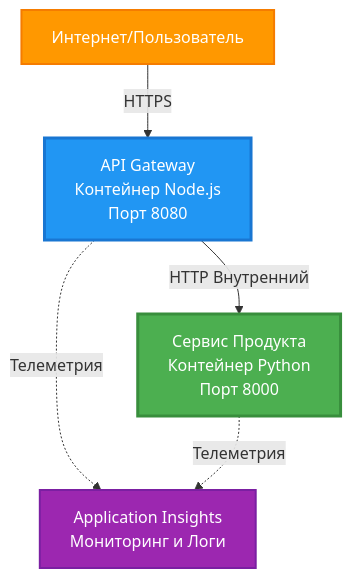
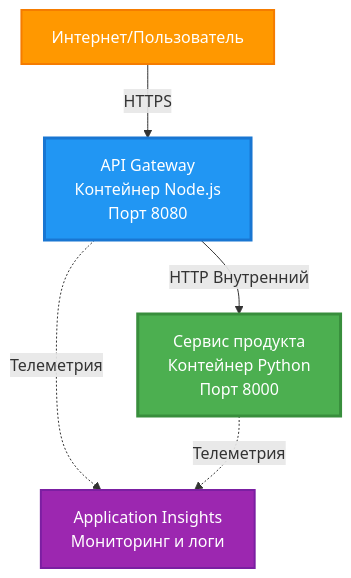
The first of 4 diagrams in translations/ru/examples/microservices/README.md (microsoft/AZD-for-beginners), drawn with Mermaid before and after one commit. The commit also changed other lines of this file and 242 other files, not shown here.

````diff
--- a/translations/ru/examples/microservices/README.md
+++ b/translations/ru/examples/microservices/README.md
@@ -40,17 +31,17 @@
 ```mermaid
 graph TB
     Internet[Интернет/Пользователь]
     Gateway[API Gateway<br/>Контейнер Node.js<br/>Порт 8080]
-    Product[Сервис Продукта<br/>Контейнер Python<br/>Порт 8000]
-    AppInsights[Application Insights<br/>Мониторинг и Логи]
+    Product[Сервис продукта<br/>Контейнер Python<br/>Порт 8000]
+    AppInsights[Application Insights<br/>Мониторинг и логи]
     
     Internet -->|HTTPS| Gateway
     Gateway -->|HTTP Внутренний| Product
     Gateway -.->|Телеметрия| AppInsights
     Product -.->|Телеметрия| AppInsights
     
     style Gateway fill:#2196F3,stroke:#1976D2,stroke-width:3px,color:#fff
     style Product fill:#4CAF50,stroke:#388E3C,stroke-width:3px,color:#fff
     style Internet fill:#FF9800,stroke:#F57C00,stroke-width:2px,color:#fff
     style AppInsights fill:#9C27B0,stroke:#7B1FA2,stroke-width:2px,color:#fff
 ```
````
